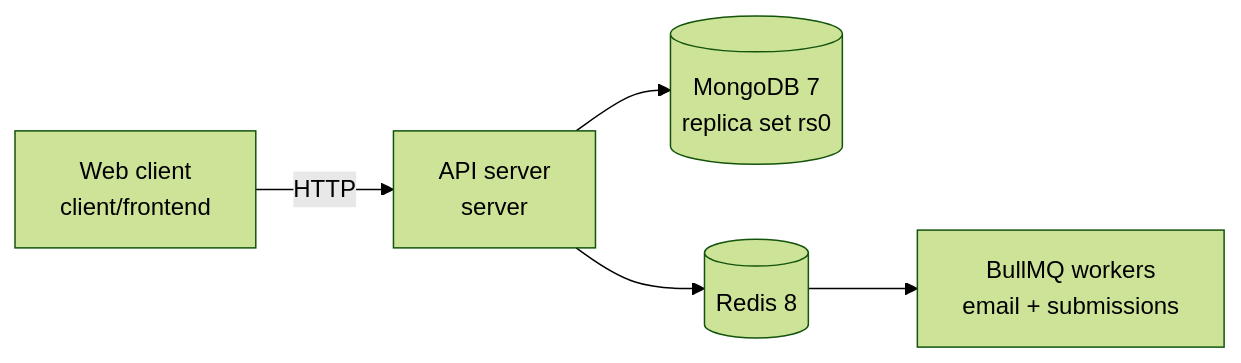
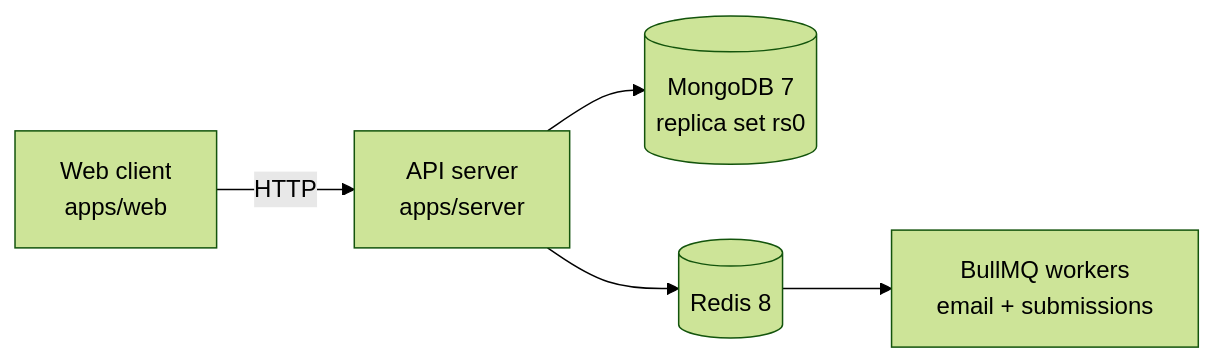
The diagram in README.MD (NikhilKatkuri/paperwork), drawn with Mermaid (forest theme) before and after one commit. The commit also changed other lines of this file and 313 other files, not shown here.

````diff
--- a/README.MD
+++ b/README.MD
@@ -19,7 +19,7 @@
 ```mermaid
 flowchart LR
-    A[Web client<br/>client/frontend] -->|HTTP| B[API server<br/>server]
+    A[Web client<br/>apps/web] -->|HTTP| B[API server<br/>apps/server]
     B --> C[(MongoDB 7<br/>replica set rs0)]
     B --> D[(Redis 8)]
     D --> E[BullMQ workers<br/>email + submissions]
 ```
````
